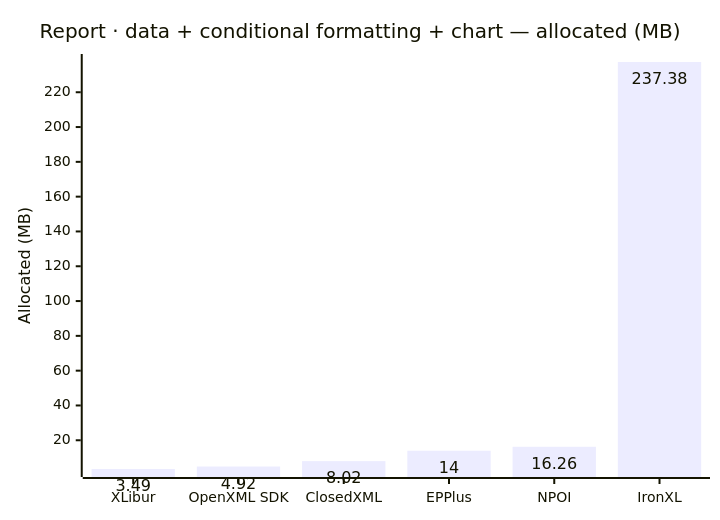
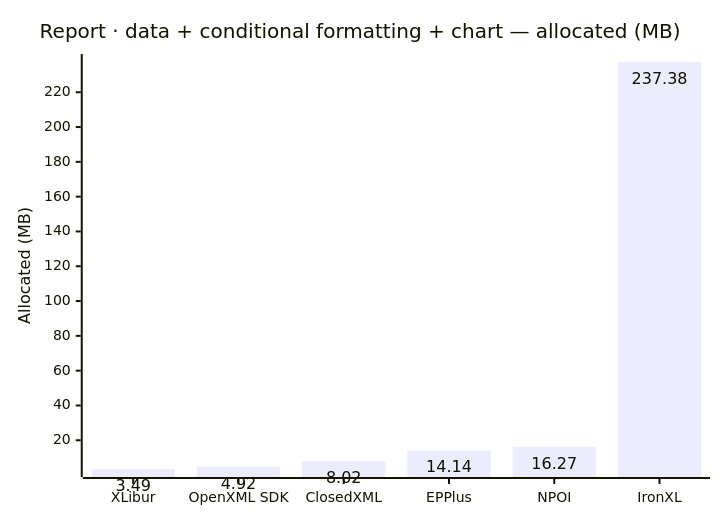
The eighth of 10 diagrams in docs/results.md (jafin/XLBench), drawn with Mermaid before and after one commit. The commit also changed other lines of this file and 5 other files, not shown here.

````diff
--- a/docs/results.md
+++ b/docs/results.md
@@ -126,12 +126,12 @@
 ```mermaid
 ---
 config:
   xyChart:
     showDataLabel: true
 ---
 xychart-beta
     title "Report · data + conditional formatting + chart — allocated (MB)"
     x-axis ["XLibur", "OpenXML SDK", "ClosedXML", "EPPlus", "NPOI", "IronXL"]
     y-axis "Allocated (MB)"
-    bar [3.49, 4.92, 8.02, 14, 16.26, 237.38]
+    bar [3.49, 4.92, 8.02, 14.14, 16.27, 237.38]
 ```
````
